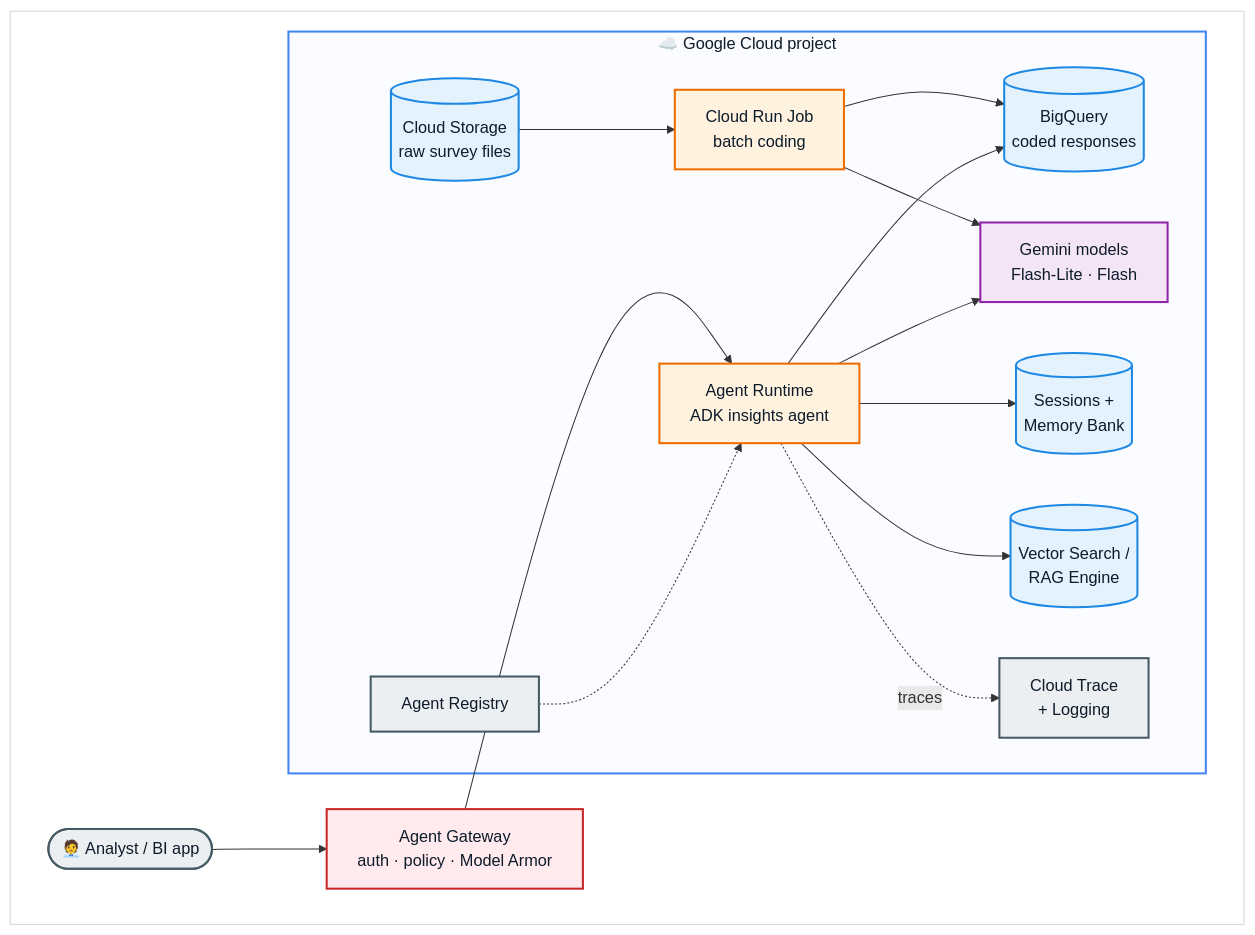
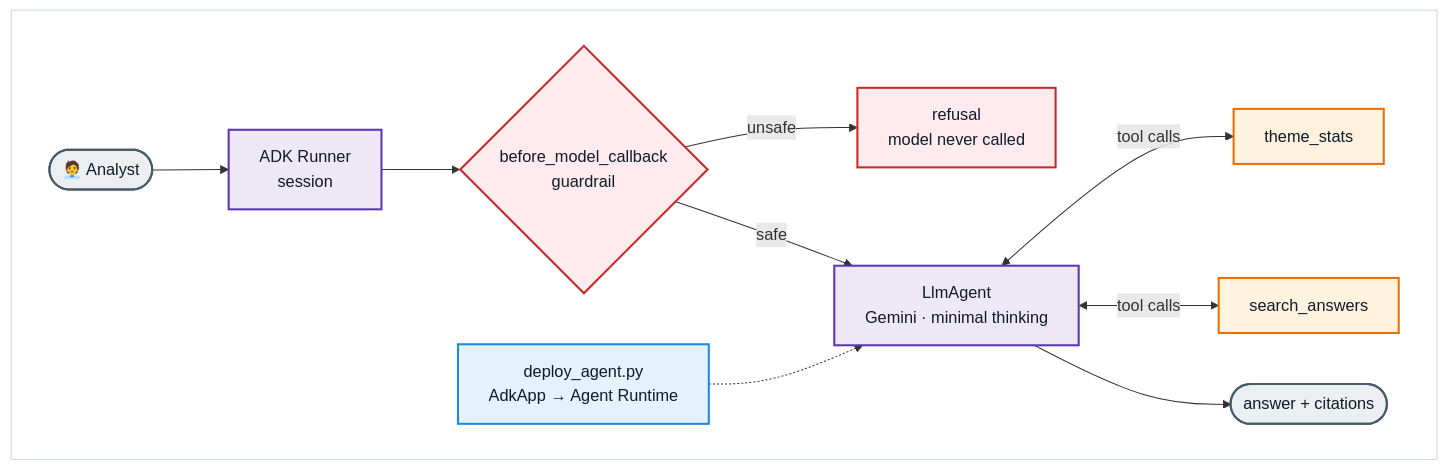
The fifth of 7 diagrams in README.md (ryan-backer-ds/agentic-verbatim-coding), drawn with Mermaid before and after one commit. The commit also changed other lines of this file, not shown here.

````diff
--- a/README.md
+++ b/README.md
@@ -297,43 +348,27 @@
 ```mermaid
 %%{init: {'theme': 'default'}}%%
 flowchart LR
     subgraph FRAME[" "]
         direction LR
-        USER(["🧑‍💼 Analyst / BI app"]) --> GW["Agent Gateway<br/>auth · policy · Model Armor"]
-
-        subgraph GCP["☁️ Google Cloud project"]
-            RT["Agent Runtime<br/>ADK insights agent"]
-            MEM[("Sessions +<br/>Memory Bank")]
-            LLM["Gemini models<br/>Flash-Lite · Flash"]
-            VEC[("Vector Search /<br/>RAG Engine")]
-            BQ[("BigQuery<br/>coded responses")]
-            GCS[("Cloud Storage<br/>raw survey files")]
-            JOB["Cloud Run Job<br/>batch coding"]
-            OBS["Cloud Trace<br/>+ Logging"]
-            REG["Agent Registry"]
-        end
-
-        GW --> RT
-        GCS --> JOB --> BQ
-        JOB --> LLM
-        RT --> MEM
-        RT --> LLM
-        RT --> VEC
-        RT --> BQ
-        REG -.-> RT
-        RT -. "traces" .-> OBS
+        USER(["🧑‍💼 Analyst"]) --> RUNNER["ADK Runner<br/>session"]
+        RUNNER --> CB{"before_model_callback<br/>guardrail"}
+        CB -- "unsafe" --> REF["refusal<br/>model never called"]
+        CB -- "safe" --> AGENT["LlmAgent<br/>Gemini · minimal thinking"]
+        AGENT <-- "tool calls" --> T1["theme_stats"]
+        AGENT <-- "tool calls" --> T2["search_answers"]
+        AGENT --> ANS(["answer + citations"])
+        DEPLOY["deploy_agent.py<br/>AdkApp → Agent Runtime"] -.-> AGENT
     end
 
-    classDef edge fill:#FFEBEE,stroke:#C62828,stroke-width:2px,color:#0D1B2A
-    classDef runtime fill:#FFF3E0,stroke:#EF6C00,stroke-width:2px,color:#0D1B2A
-    classDef store fill:#E3F2FD,stroke:#1E88E5,stroke-width:2px,color:#0D1B2A
-    classDef model fill:#F3E5F5,stroke:#8E24AA,stroke-width:2px,color:#0D1B2A
-    classDef ops fill:#ECEFF1,stroke:#455A64,stroke-width:2px,color:#0D1B2A
-    class USER,OBS,REG ops
-    class GW edge
-    class RT,JOB runtime
-    class MEM,VEC,BQ,GCS store
-    class LLM model
-    style GCP fill:#FAFCFF,stroke:#4285F4,stroke-width:2px,color:#0D1B2A
+    classDef io fill:#ECEFF1,stroke:#455A64,stroke-width:2px,color:#0D1B2A
+    classDef guard fill:#FFEBEE,stroke:#C62828,stroke-width:2px,color:#0D1B2A
+    classDef agent fill:#EDE7F6,stroke:#5E35B1,stroke-width:2px,color:#0D1B2A
+    classDef tool fill:#FFF3E0,stroke:#EF6C00,stroke-width:2px,color:#0D1B2A
+    classDef deploy fill:#E3F2FD,stroke:#1E88E5,stroke-width:2px,color:#0D1B2A
+    class USER,ANS io
+    class CB,REF guard
+    class RUNNER,AGENT agent
+    class T1,T2 tool
+    class DEPLOY deploy
     style FRAME fill:#FFFFFF,stroke:#D0D7DE,stroke-width:1px,color:#FFFFFF
 ```
````
